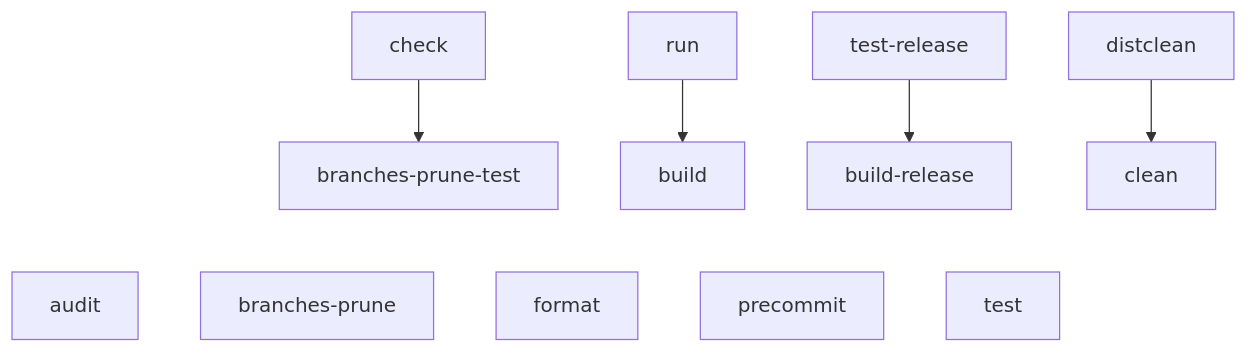
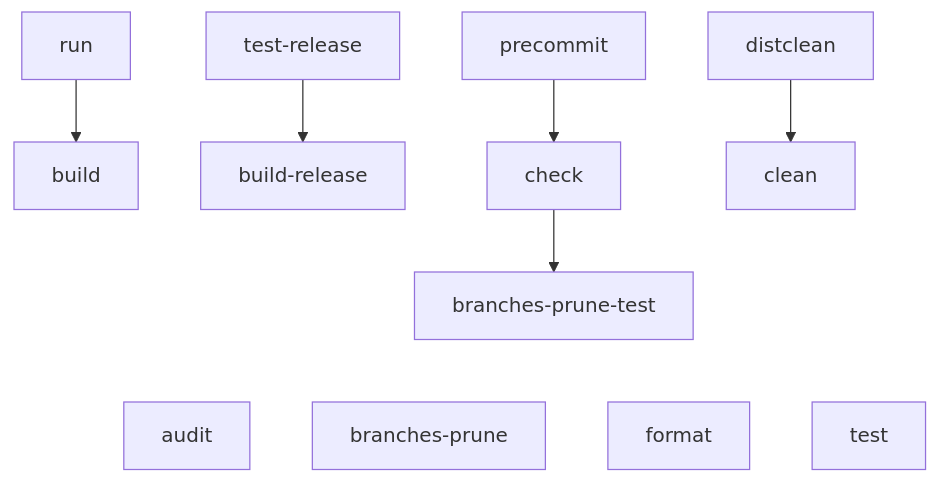
The eighth of 9 diagrams in docs/quality-gates.md (codesam88/picasu), drawn with Mermaid before and after one commit. The commit also changed other lines of this file and 3 other files, not shown here.

````diff
--- a/docs/quality-gates.md
+++ b/docs/quality-gates.md
@@ -247,21 +255,22 @@
 ```mermaid
 graph TD
   audit
   branches-prune
   branches-prune-test
   build
   build-release
   check
   clean
   distclean
   format
   precommit
   run
   test
   test-release
   check --> branches-prune-test
   distclean --> clean
+  precommit --> check
   run --> build
   test-release --> build-release
-  branches-prune-test ~~~ audit & branches-prune & format & precommit & test
+  branches-prune-test ~~~ audit & branches-prune & format & test
 ```
````
